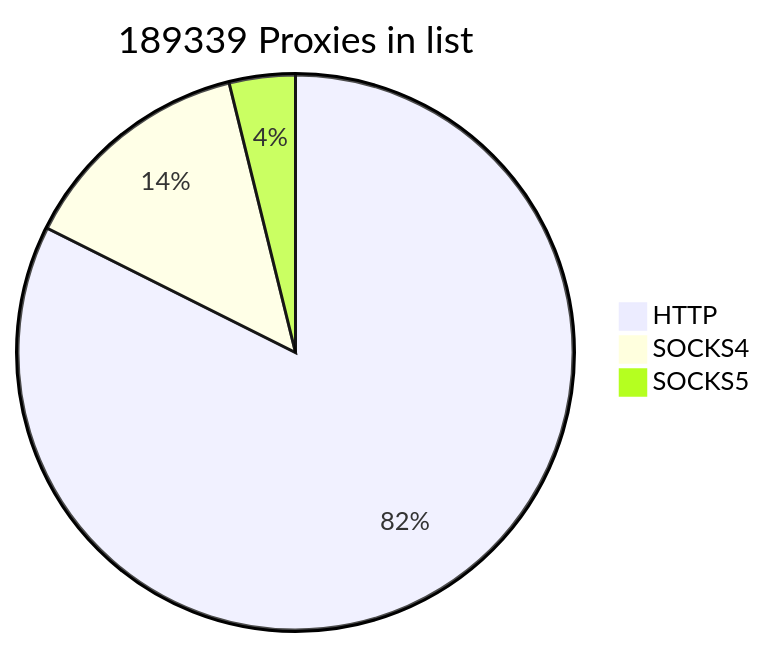
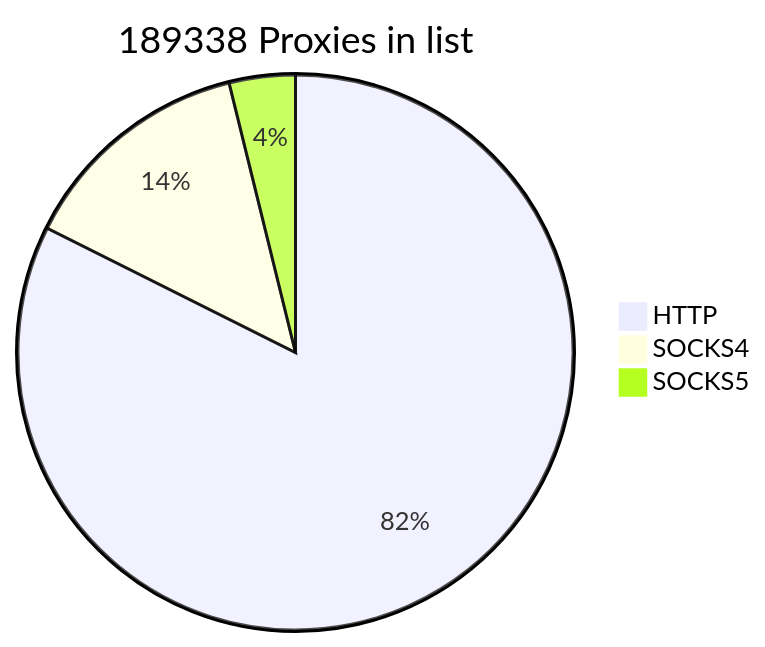
One commit to cutipu/proxylist changed the first of 2 diagrams in README.md. Above: the diagram before and after it, drawn with Mermaid. The commit also changed other lines of this file, not shown here.

````diff
--- a/README.md
+++ b/README.md
@@ -2,7 +2,7 @@
 ```mermaid
-pie title 189339 Proxies in list
+pie title 189338 Proxies in list
     "HTTP" : 155992
-    "SOCKS4" : 26072
+    "SOCKS4" : 26071
     "SOCKS5" : 7275
             
 ```
````
